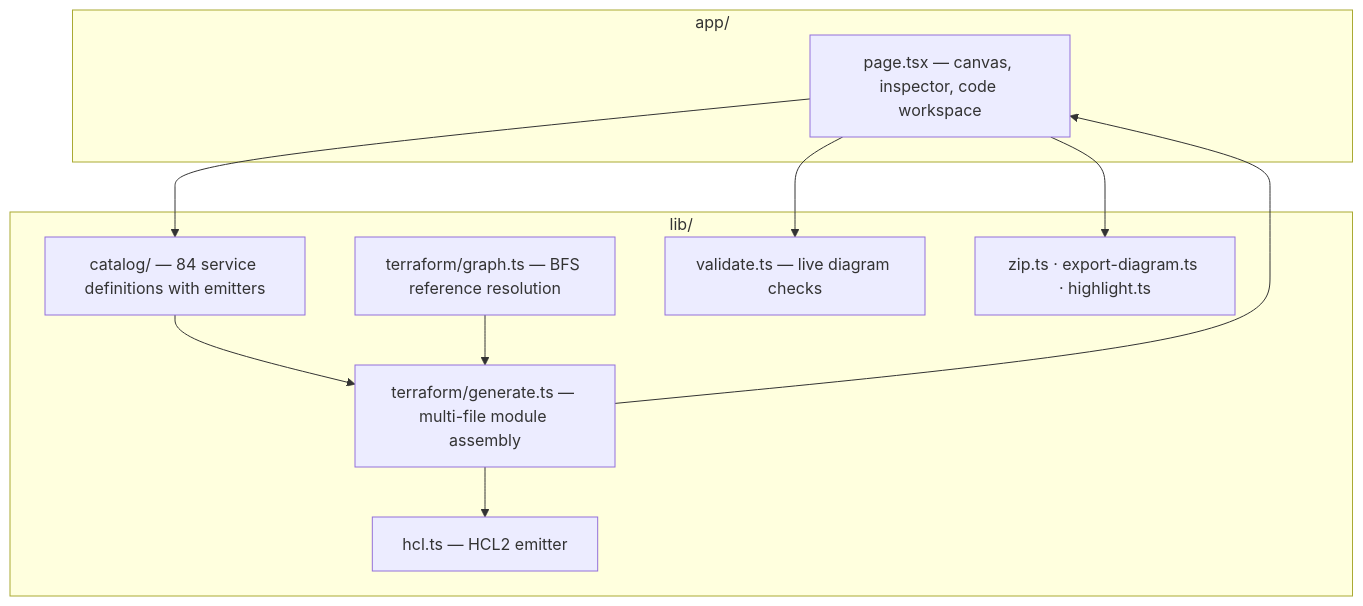
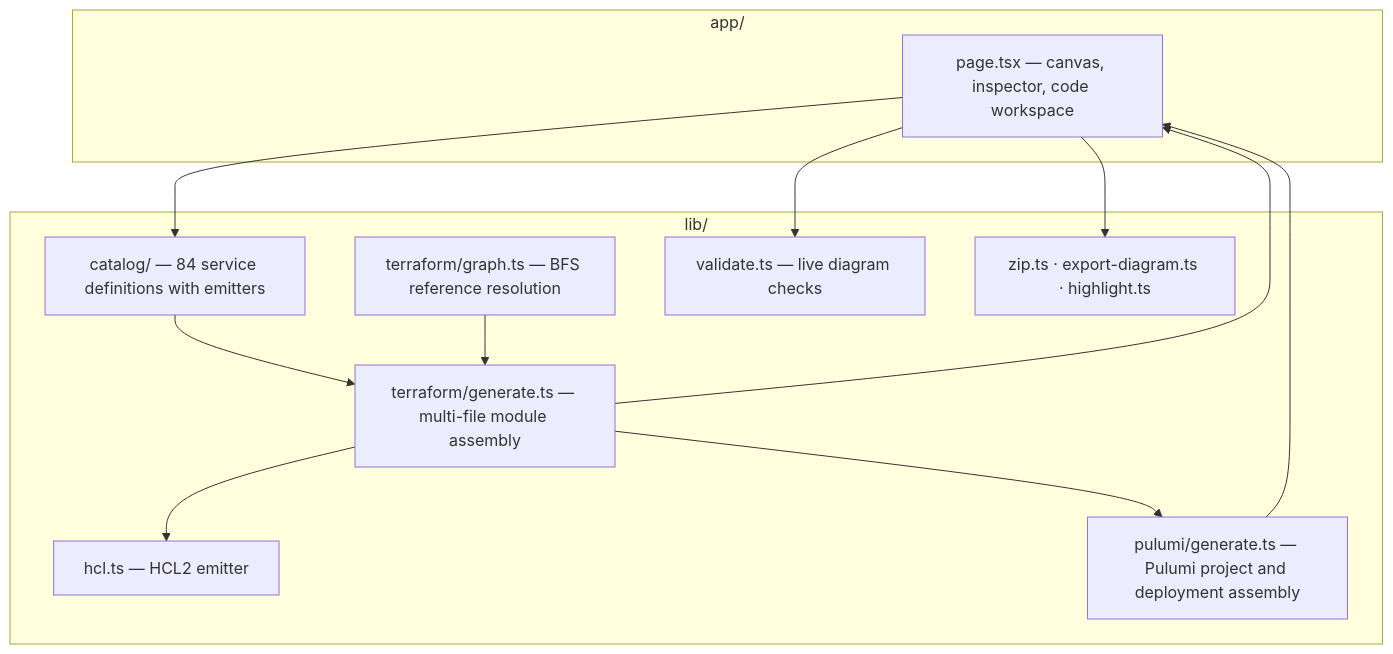
The second of 2 diagrams in README.md (karthikmeduri/InfraCanvas), drawn with Mermaid before and after one commit. The commit also changed other lines of this file and 11 other files, not shown here.

Commit message:
Add Pulumi project generation and deployment support

````diff
--- a/README.md
+++ b/README.md
@@ -238,22 +268,25 @@
 ```mermaid
 flowchart TB
     subgraph UI["app/"]
         Page["page.tsx — canvas, inspector, code workspace"]
     end
     subgraph Lib["lib/"]
         Catalog["catalog/ — 84 service definitions with emitters"]
         Graph["terraform/graph.ts — BFS reference resolution"]
         Gen["terraform/generate.ts — multi-file module assembly"]
+        Pulumi["pulumi/generate.ts — Pulumi project and deployment assembly"]
         Hcl["hcl.ts — HCL2 emitter"]
         Valid["validate.ts — live diagram checks"]
         Zip["zip.ts · export-diagram.ts · highlight.ts"]
     end
 
     Page --> Catalog
     Page --> Valid
     Catalog --> Gen
     Graph --> Gen
     Gen --> Hcl
     Gen --> Page
+    Gen --> Pulumi
+    Pulumi --> Page
     Page --> Zip
 ```
````
